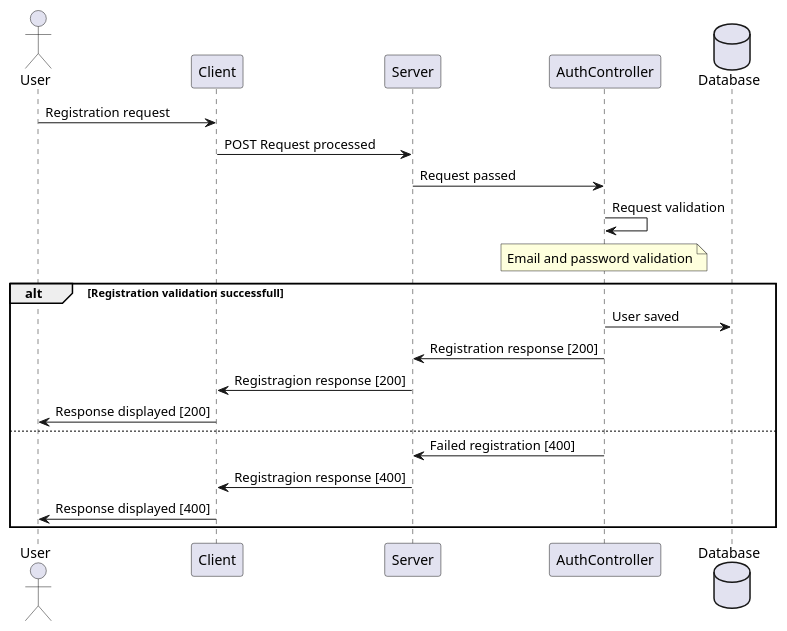
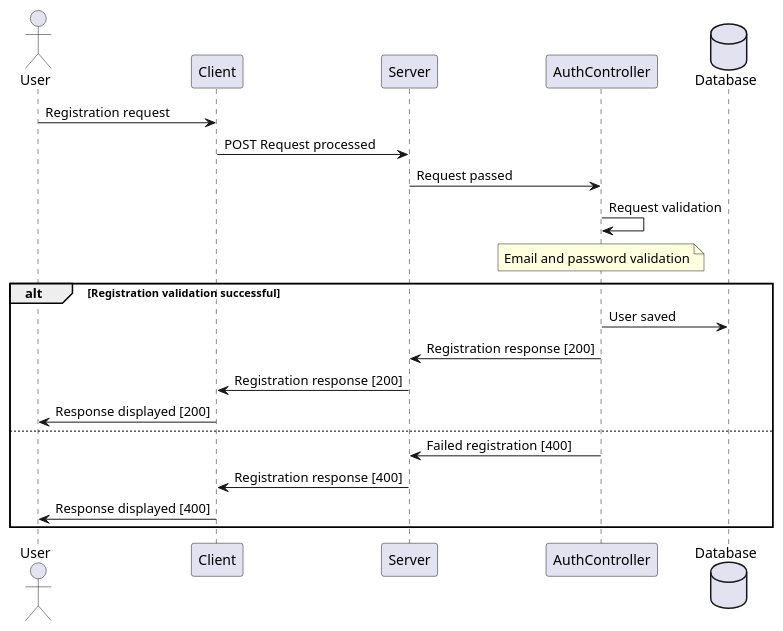
One commit to bedziox/VersaLog changed the first of 3 diagrams in docs/Documentation.puml. Above: the diagram before and after it, drawn with PlantUML. The commit also changed other lines of this file and 21 other files, not shown here.

```diff
--- a/docs/Documentation.puml
+++ b/docs/Documentation.puml
@@ -2,23 +3,24 @@
 @startuml AuthRegistration
+
 Actor User as user
 Participant Client as app
 Participant Server as server
 Participant AuthController as auth
 database Database as db
 
 user -> app : Registration request
 app -> server : POST Request processed
 server -> auth : Request passed
 auth -> auth : Request validation
 note over auth : Email and password validation
-alt Registration validation successfull
+alt Registration validation successful
     auth -> db : User saved
     auth -> server : Registration response [200]
-    server -> app : Registragion response [200]
+    server -> app : Registration response [200]
     app -> user : Response displayed [200]
 else
     auth -> server: Failed registration [400]
-    server -> app : Registragion response [400]
+    server -> app : Registration response [400]
     app -> user : Response displayed [400]
 end
 @enduml
```
